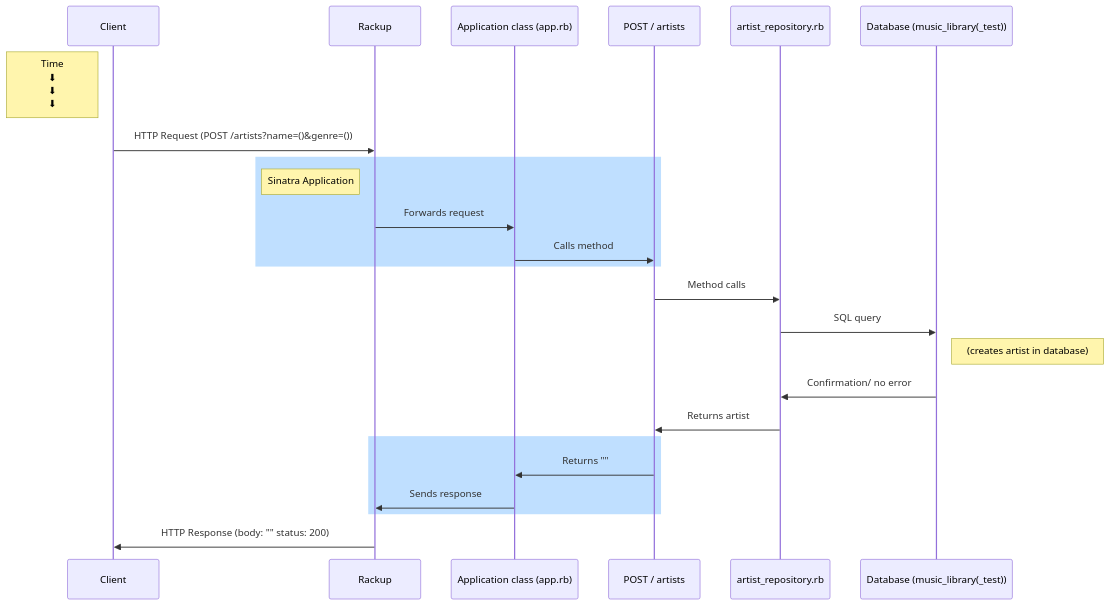
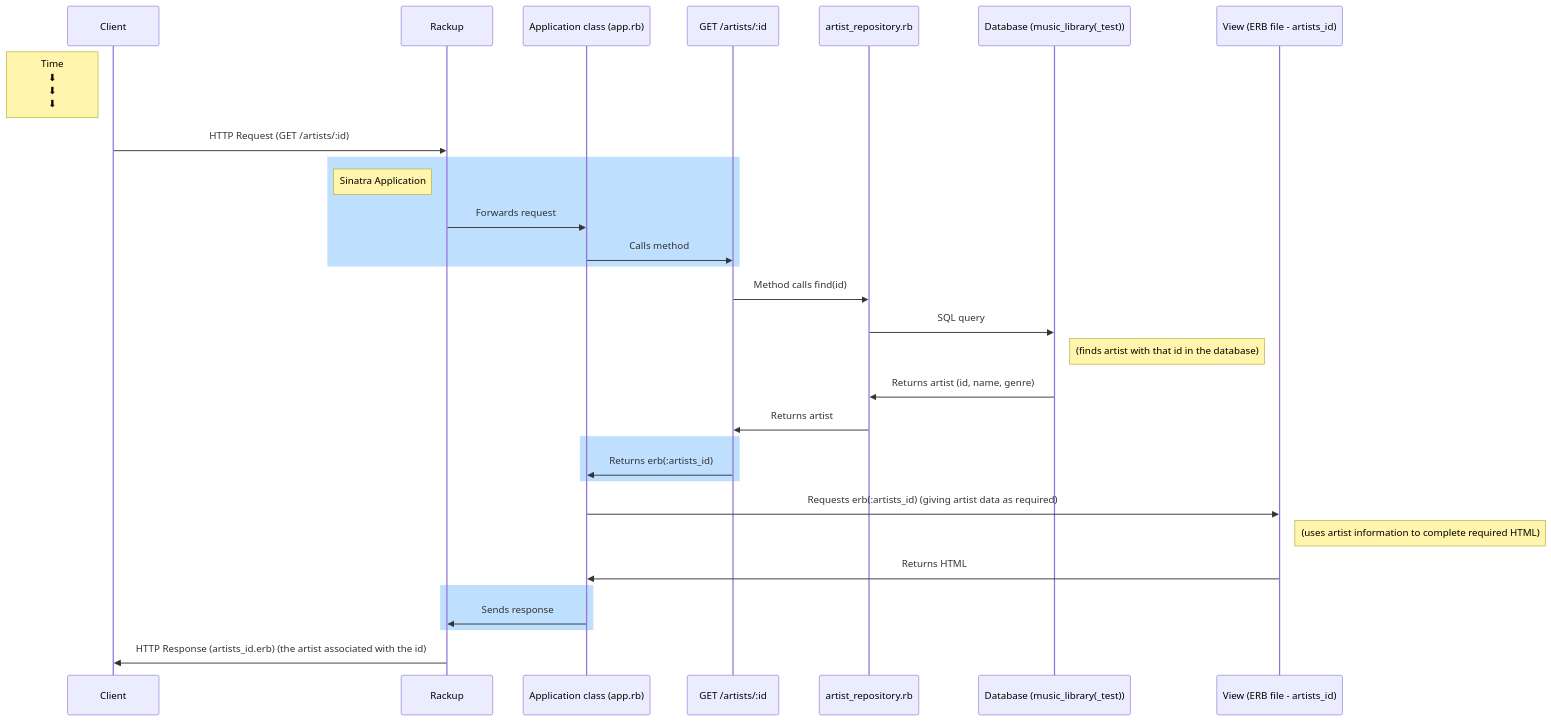
Before and after one commit to JC-Morgan/web-applications: the diagram in music_library_db_app/get_artists_id_sequence_diagram.md, drawn with Mermaid. The commit also changed other lines of this file and 5 other files, not shown here.

````diff
--- a/music_library_db_app/get_artists_id_sequence_diagram.md
+++ b/music_library_db_app/get_artists_id_sequence_diagram.md
@@ -11,31 +2,37 @@
 ```mermaid
 sequenceDiagram
     participant c as Client
     participant rack as Rackup
     participant app as Application class (app.rb)
-    participant p_block as POST / artists
+    participant g_block as GET /artists/:id
     participant ar as artist_repository.rb
     participant db as Database (music_library(_test))
+    participant v as View (ERB file - artists_id)
 
     Note left of c: Time <br />⬇ <br /> ⬇ <br /> ⬇
 
-    c->>rack: HTTP Request (POST /artists?name=()&genre=())
+    c->>rack: HTTP Request (GET /artists/:id)
 
     rect rgb(191, 223, 255)
     Note left of rack: Sinatra Application
     rack->>app: Forwards request
-    app->>p_block: Calls method
+    app->>g_block: Calls method
     end
-    p_block->>ar: Method calls
+    g_block->>ar: Method calls find(id)
     ar->>db: SQL query
-    Note right of db: (creates artist in database)
-    db->>ar: Confirmation/ no error
-    ar->>p_block: Returns artist
+    Note right of db: (finds artist with that id in the database)
+    db->>ar: Returns artist (id, name, genre)
+    ar->>g_block: Returns artist
     rect rgb(191, 223, 255)
-    p_block->>app: Returns ""
+    g_block->>app: Returns erb(:artists_id)
+    end
+    app->>v: Requests erb(:artists_id) (giving artist data as required)
+    Note right of v: (uses artist information to complete required HTML)
+    v->>app: Returns HTML
+    rect rgb(191, 223, 255)
     app->>rack: Sends response
     end
 
-    rack->>c: HTTP Response (body: "" status: 200)
+    rack->>c: HTTP Response (artists_id.erb) (the artist associated with the id)
 
 ```
````
